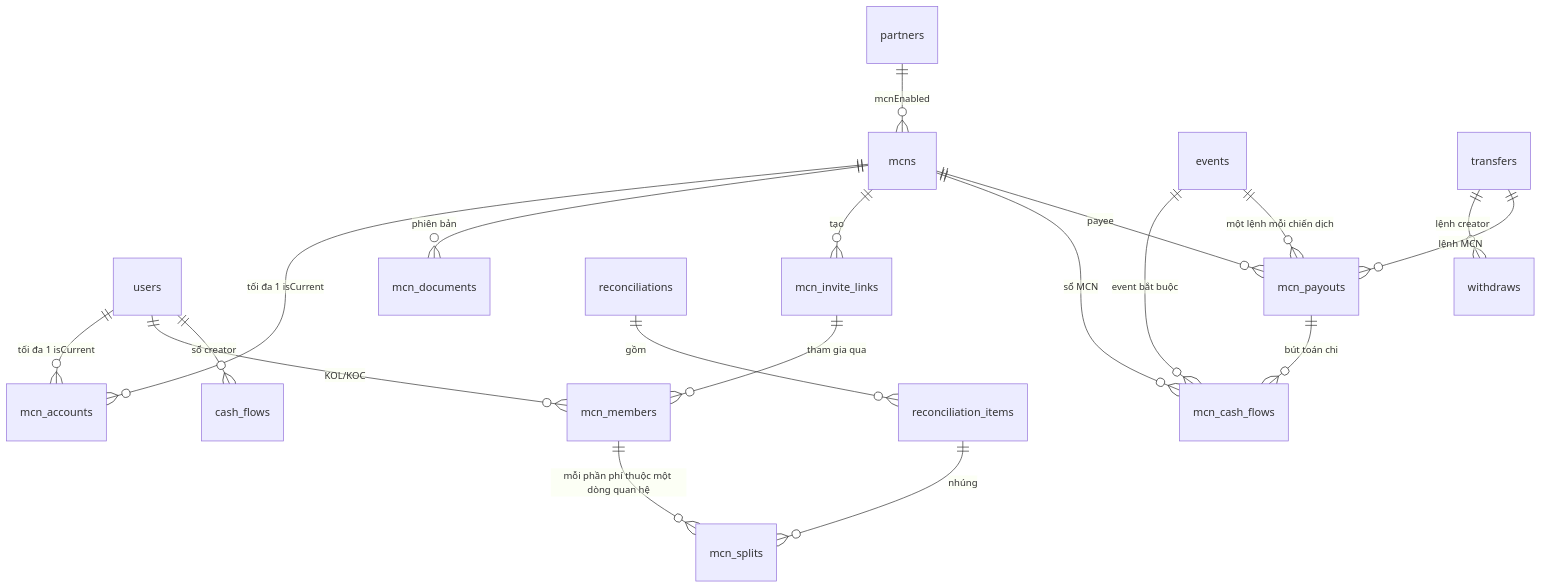
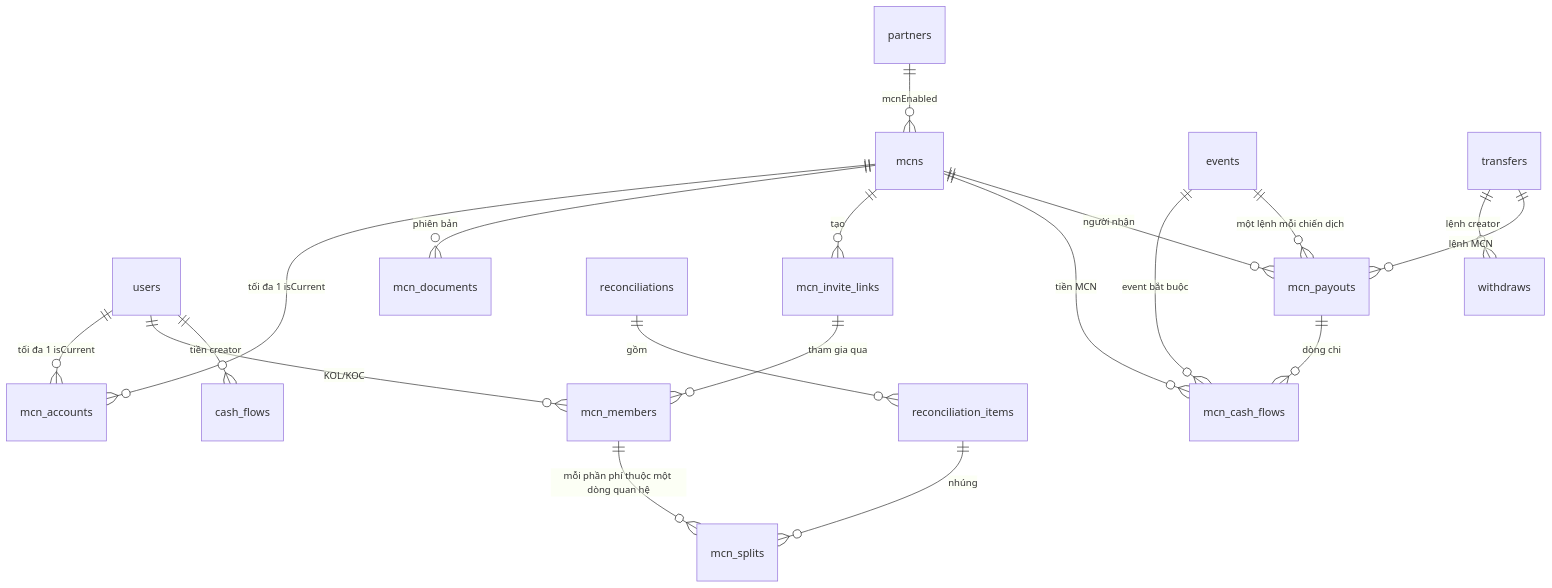
Before and after one commit to viewboost/accesstrade-docs: the second of 5 diagrams in mcn/techspec-mcn-phase1-2026-11-04.md, drawn with Mermaid. The commit also changed other lines of this file, not shown here.

Commit message:
docs(mcn): tech spec v3.0 - gop cac ban 1.0, 2.0, 2.1 thanh mot ban, viet gon (1402 -> 861 dong): bo phan so sanh giua cac ban, gop tom tat va hoi dap voi phan chi tiet, ADR thanh bang quyet dinh, cap nhat viec con lai theo code 9a599f27c

````diff
--- a/mcn/techspec-mcn-phase1-2026-11-04.md
+++ b/mcn/techspec-mcn-phase1-2026-11-04.md
@@ -345,21 +249,21 @@
 ```mermaid
 erDiagram
   partners ||--o{ mcns : "mcnEnabled"
   mcns ||--o{ mcn_accounts : "tối đa 1 isCurrent"
   users ||--o{ mcn_accounts : "tối đa 1 isCurrent"
   mcns ||--o{ mcn_documents : "phiên bản"
   mcns ||--o{ mcn_invite_links : "tạo"
   mcn_invite_links ||--o{ mcn_members : "tham gia qua"
   users ||--o{ mcn_members : "KOL/KOC"
   reconciliations ||--o{ reconciliation_items : "gồm"
   reconciliation_items ||--o{ mcn_splits : "nhúng"
   mcn_members ||--o{ mcn_splits : "mỗi phần phí thuộc một dòng quan hệ"
-  users ||--o{ cash_flows : "sổ creator"
-  mcns ||--o{ mcn_cash_flows : "sổ MCN"
+  users ||--o{ cash_flows : "tiền creator"
+  mcns ||--o{ mcn_cash_flows : "tiền MCN"
   events ||--o{ mcn_cash_flows : "event bắt buộc"
   transfers ||--o{ withdraws : "lệnh creator"
   transfers ||--o{ mcn_payouts : "lệnh MCN"
-  mcns ||--o{ mcn_payouts : "payee"
+  mcns ||--o{ mcn_payouts : "người nhận"
   events ||--o{ mcn_payouts : "một lệnh mỗi chiến dịch"
-  mcn_payouts ||--o{ mcn_cash_flows : "bút toán chi"
+  mcn_payouts ||--o{ mcn_cash_flows : "dòng chi"
 ```
````
